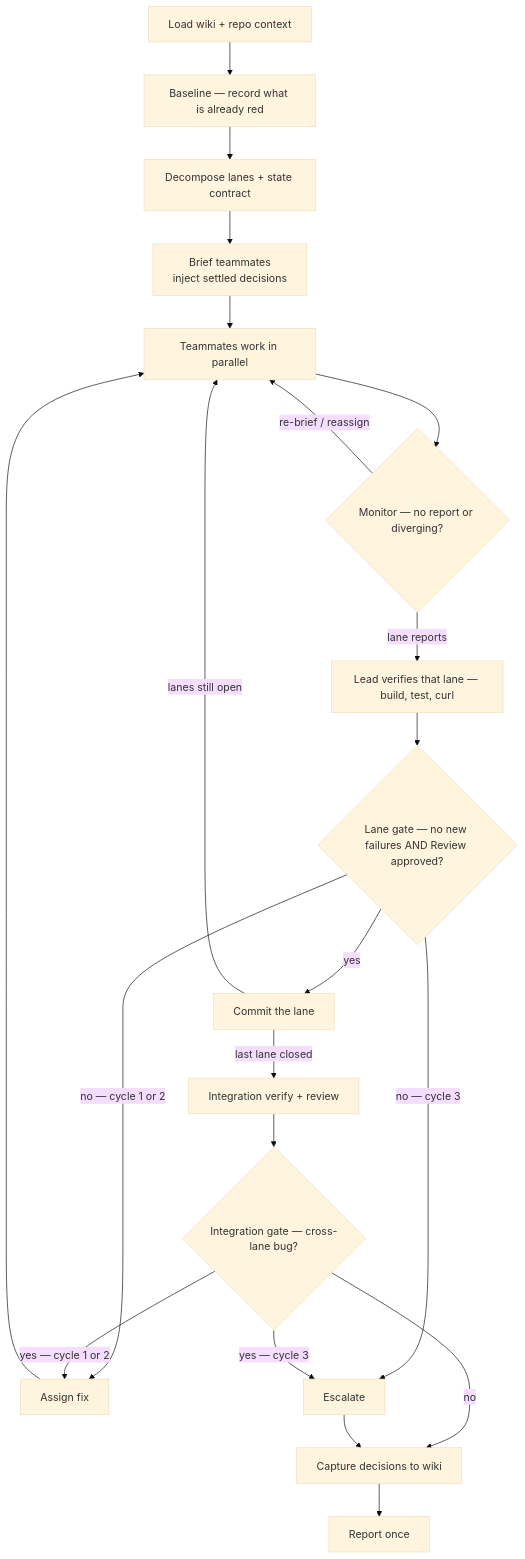
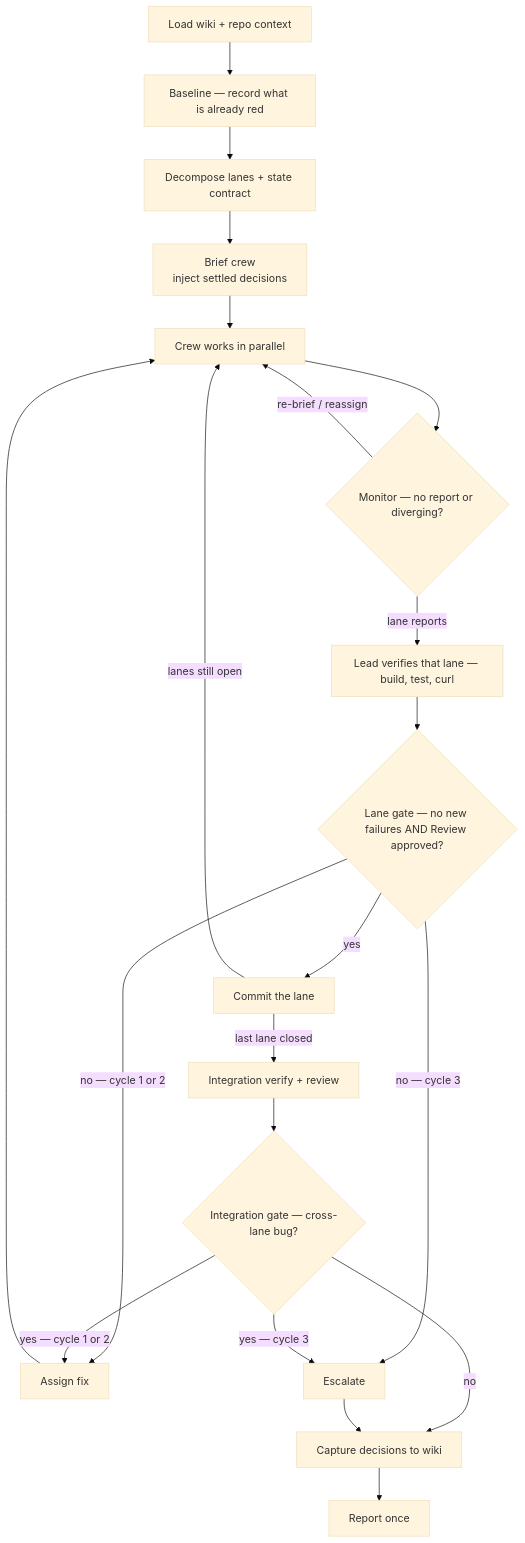
One commit to frahmantamala/retinue changed the second of 2 diagrams in TEAM-PLAYBOOK.md. Above: the diagram before and after it, drawn with Mermaid (base theme). The commit also changed other lines of this file and 2 other files, not shown here.

````diff
--- a/TEAM-PLAYBOOK.md
+++ b/TEAM-PLAYBOOK.md
@@ -114,19 +114,19 @@
 ```mermaid
 flowchart TD
     L[Load wiki + repo context] --> Z["Baseline — record what is already red"]
-    Z --> D[Decompose lanes + state contract] --> B[Brief teammates<br/>inject settled decisions]
-    B --> W[Teammates work in parallel]
+    Z --> D[Decompose lanes + state contract] --> B[Brief crew<br/>inject settled decisions]
+    B --> W[Crew works in parallel]
     W --> M{"Monitor — no report or diverging?"}
     M -->|re-brief / reassign| W
     M -->|lane reports| V["Lead verifies that lane — build, test, curl"]
     V --> G{"Lane gate — no new failures AND Review approved?"}
     G -->|no — cycle 1 or 2| F[Assign fix] --> W
     G -->|no — cycle 3| E[Escalate]
     G -->|yes| K[Commit the lane]
     K -->|lanes still open| W
     K -->|last lane closed| I["Integration verify + review"]
     I --> J{"Integration gate — cross-lane bug?"} -->|yes — cycle 1 or 2| F
     J -->|yes — cycle 3| E
     J -->|no| C[Capture decisions to wiki] --> R[Report once]
     E --> C
 ```
````
